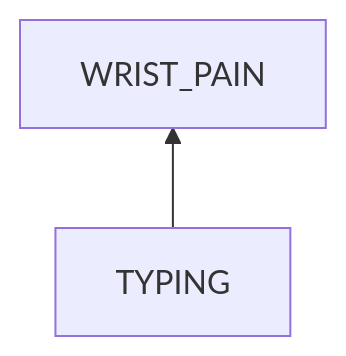
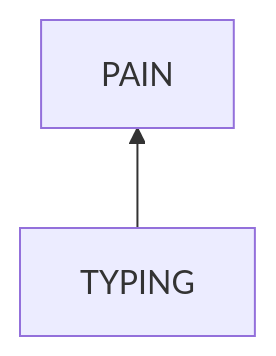
The first of 3 diagrams in productivity/typing/comfort/arm_pain.md (SuxinL/Notes), drawn with Mermaid before and after one commit. The commit also changed other lines of this file, not shown here.

Commit message:
productivity/typing/comfort/arm_pain.md updated from https://stackedit.io/

````diff
--- a/productivity/typing/comfort/arm_pain.md
+++ b/productivity/typing/comfort/arm_pain.md
@@ -52,4 +51,4 @@
 ```mermaid
 flowchart BT
-	TYPING --> WRIST_PAIN
+	TYPING --> PAIN
 ```
````
